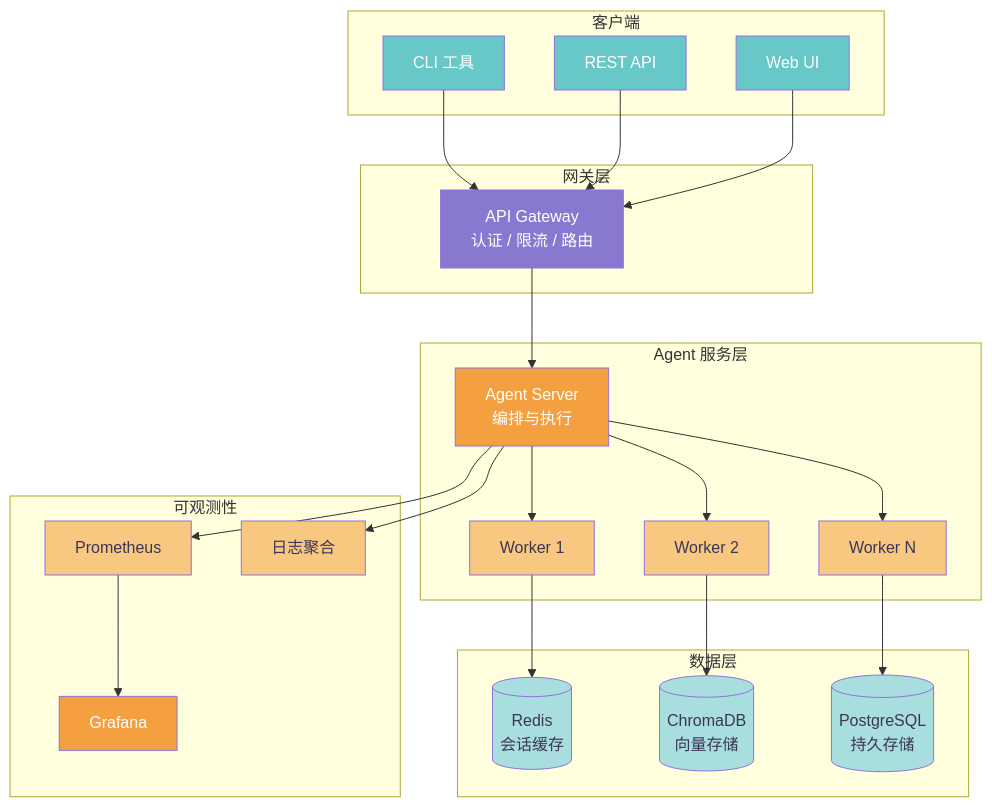
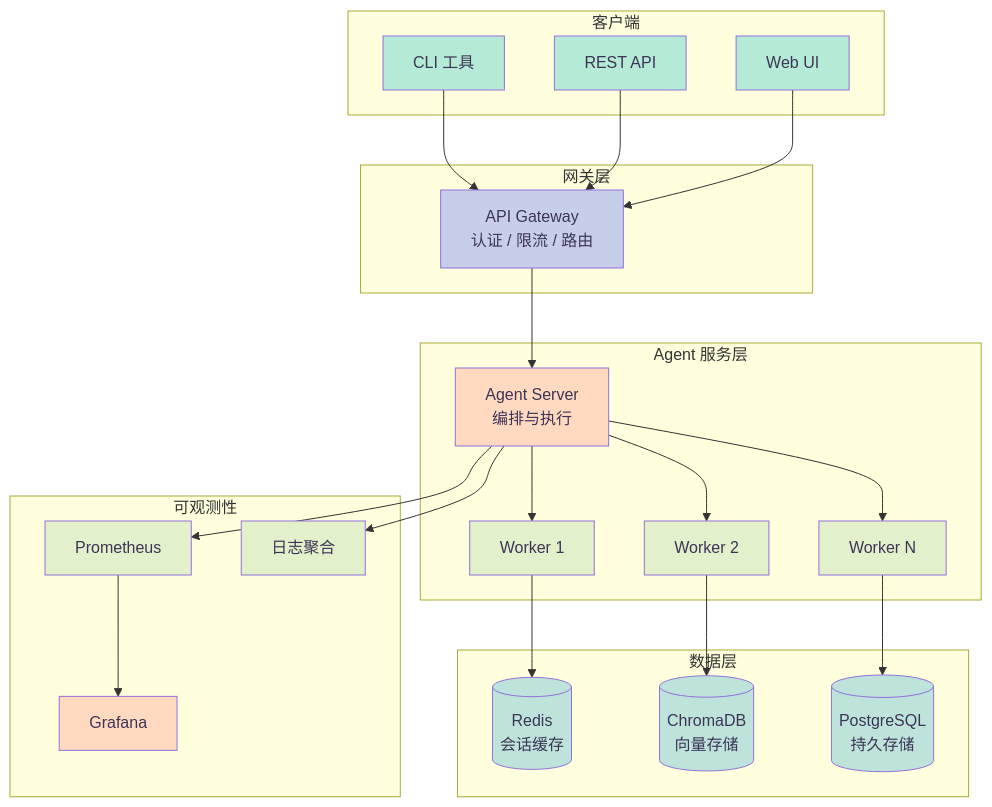
The tenth of 12 diagrams in _posts/2026-04-15-ai-agent.md (caoping0623/caoping0623.github.io), drawn with Mermaid before and after one commit. The commit also changed other lines of this file, not shown here.

First line of the commit message:
style: update all mermaid diagram node colors to macaron (pastel) palette

```diff
--- a/_posts/2026-04-15-ai-agent.md
+++ b/_posts/2026-04-15-ai-agent.md
@@ -725,60 +725,60 @@
 <div class="mermaid">
 graph TB
     subgraph 客户端
         CLI[CLI 工具]
         API[REST API]
         WEB[Web UI]
     end
 
     subgraph 网关层
         GW[API Gateway<br/>认证 / 限流 / 路由]
     end
 
     subgraph Agent 服务层
         AS[Agent Server<br/>编排与执行]
         W1[Worker 1]
         W2[Worker 2]
         W3[Worker N]
     end
 
     subgraph 数据层
         REDIS[(Redis<br/>会话缓存)]
         CHROMA[(ChromaDB<br/>向量存储)]
         PG[(PostgreSQL<br/>持久存储)]
     end
 
     subgraph 可观测性
         PROM[Prometheus]
         GRAF[Grafana]
         LOG[日志聚合]
     end
 
     CLI --> GW
     API --> GW
     WEB --> GW
     GW --> AS
     AS --> W1
     AS --> W2
     AS --> W3
     W1 --> REDIS
     W2 --> CHROMA
     W3 --> PG
     AS --> PROM
     PROM --> GRAF
     AS --> LOG
 
-    style CLI fill:#68c8c8,color:#ffffff
-    style API fill:#68c8c8,color:#ffffff
-    style WEB fill:#68c8c8,color:#ffffff
-    style GW fill:#8878d0,color:#ffffff
-    style AS fill:#f5a040,color:#ffffff
-    style W1 fill:#f8c880,color:#3d3556
-    style W2 fill:#f8c880,color:#3d3556
-    style W3 fill:#f8c880,color:#3d3556
-    style REDIS fill:#a8dede,color:#3d3556
-    style CHROMA fill:#a8dede,color:#3d3556
-    style PG fill:#a8dede,color:#3d3556
-    style PROM fill:#f8c880,color:#3d3556
-    style GRAF fill:#f5a040,color:#ffffff
-    style LOG fill:#f8c880,color:#3d3556
+    style CLI fill:#b5ead7,color:#3d3556
+    style API fill:#b5ead7,color:#3d3556
+    style WEB fill:#b5ead7,color:#3d3556
+    style GW fill:#c7ceea,color:#3d3556
+    style AS fill:#ffdac1,color:#3d3556
+    style W1 fill:#e2f0cb,color:#3d3556
+    style W2 fill:#e2f0cb,color:#3d3556
+    style W3 fill:#e2f0cb,color:#3d3556
+    style REDIS fill:#bee3db,color:#3d3556
+    style CHROMA fill:#bee3db,color:#3d3556
+    style PG fill:#bee3db,color:#3d3556
+    style PROM fill:#e2f0cb,color:#3d3556
+    style GRAF fill:#ffdac1,color:#3d3556
+    style LOG fill:#e2f0cb,color:#3d3556
 </div>
```
